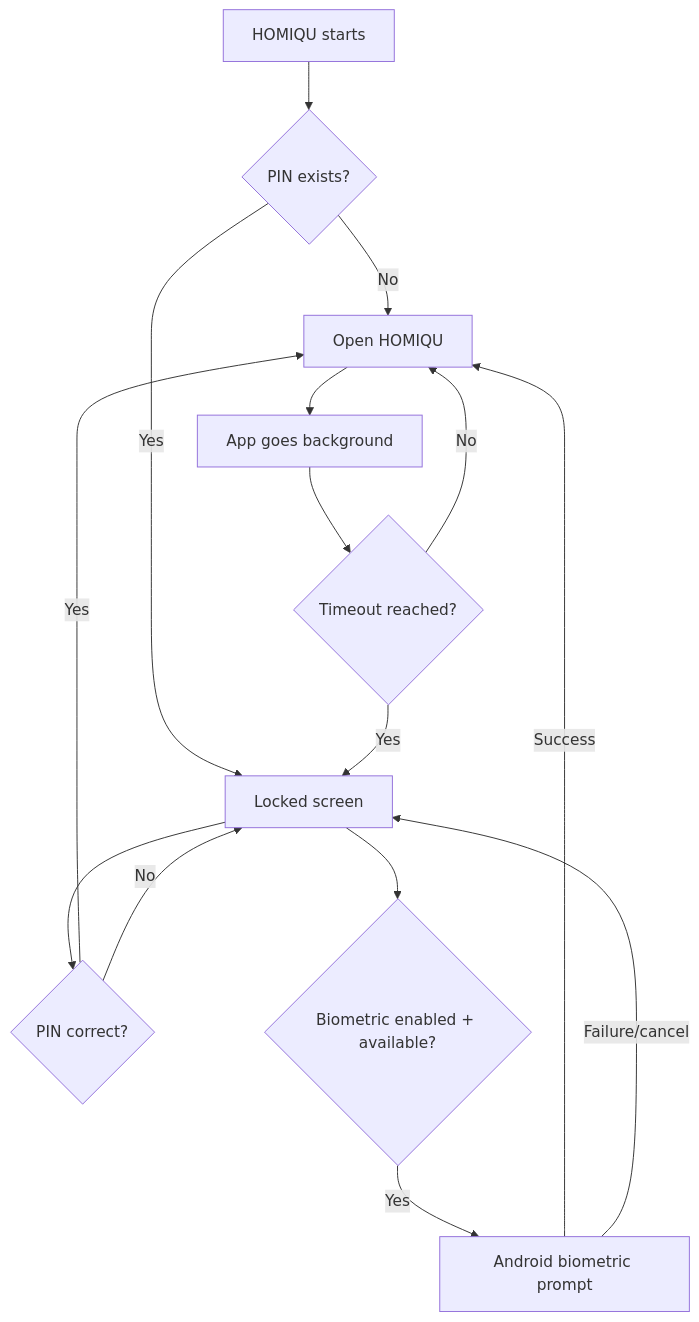
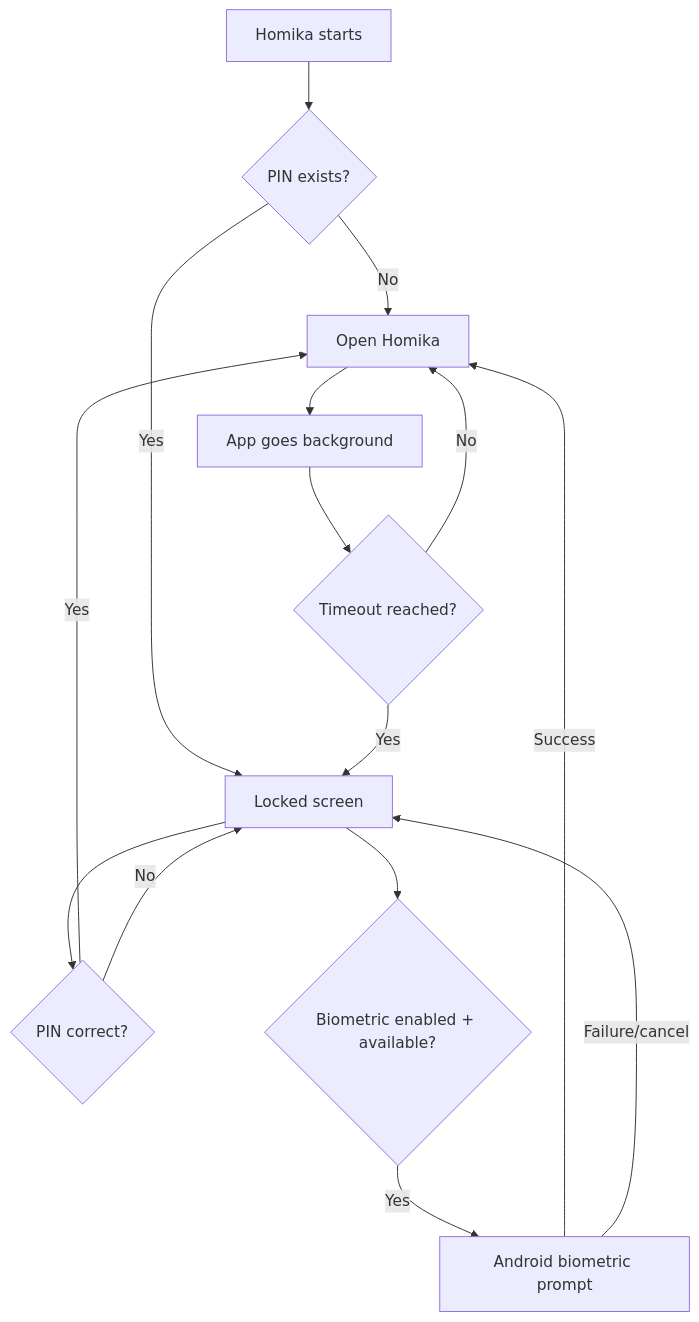
One commit to IzokaGM/HOMIQ changed the diagram in docs/FLOWCHART.md. Above: the diagram before and after it, drawn with Mermaid. The commit also changed other lines of this file and 50 other files, not shown here.

````diff
--- a/docs/FLOWCHART.md
+++ b/docs/FLOWCHART.md
@@ -8,17 +8,17 @@
 ```mermaid
 flowchart TD
-    A[HOMIQU starts] --> B{PIN exists?}
-    B -- No --> C[Open HOMIQU]
+    A[Homika starts] --> B{PIN exists?}
+    B -- No --> C[Open Homika]
     B -- Yes --> D[Locked screen]
     D --> E{PIN correct?}
     E -- Yes --> C
     E -- No --> D
     D --> F{Biometric enabled + available?}
     F -- Yes --> G[Android biometric prompt]
     G -- Success --> C
     G -- Failure/cancel --> D
     C --> H[App goes background]
     H --> I{Timeout reached?}
     I -- Yes --> D
     I -- No --> C
 ```
````
